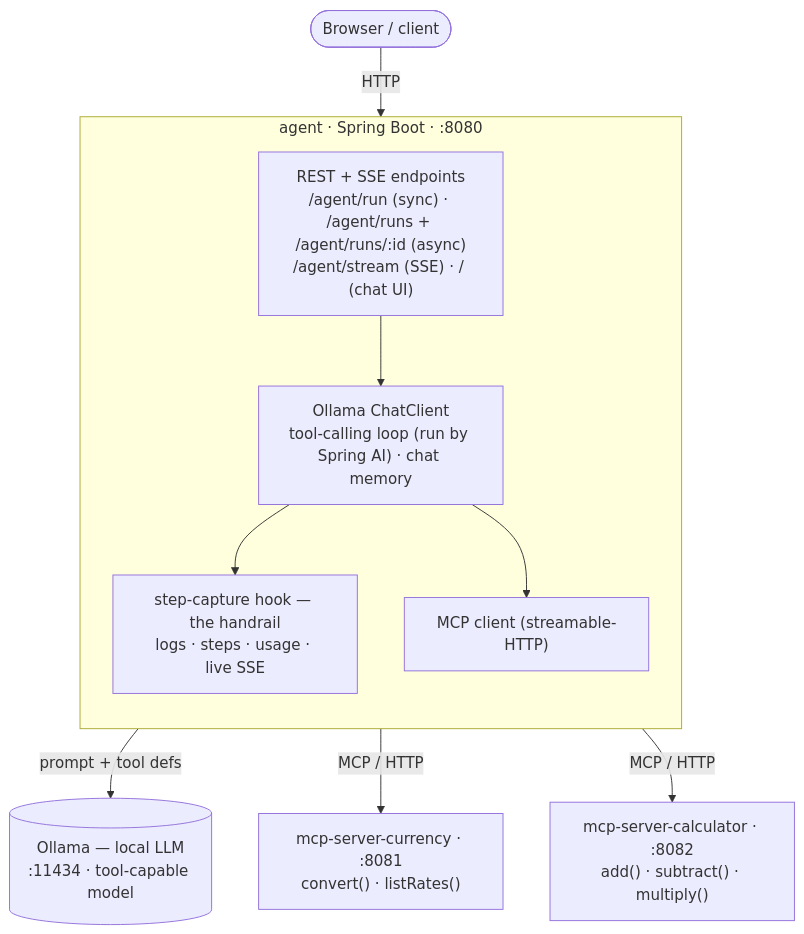
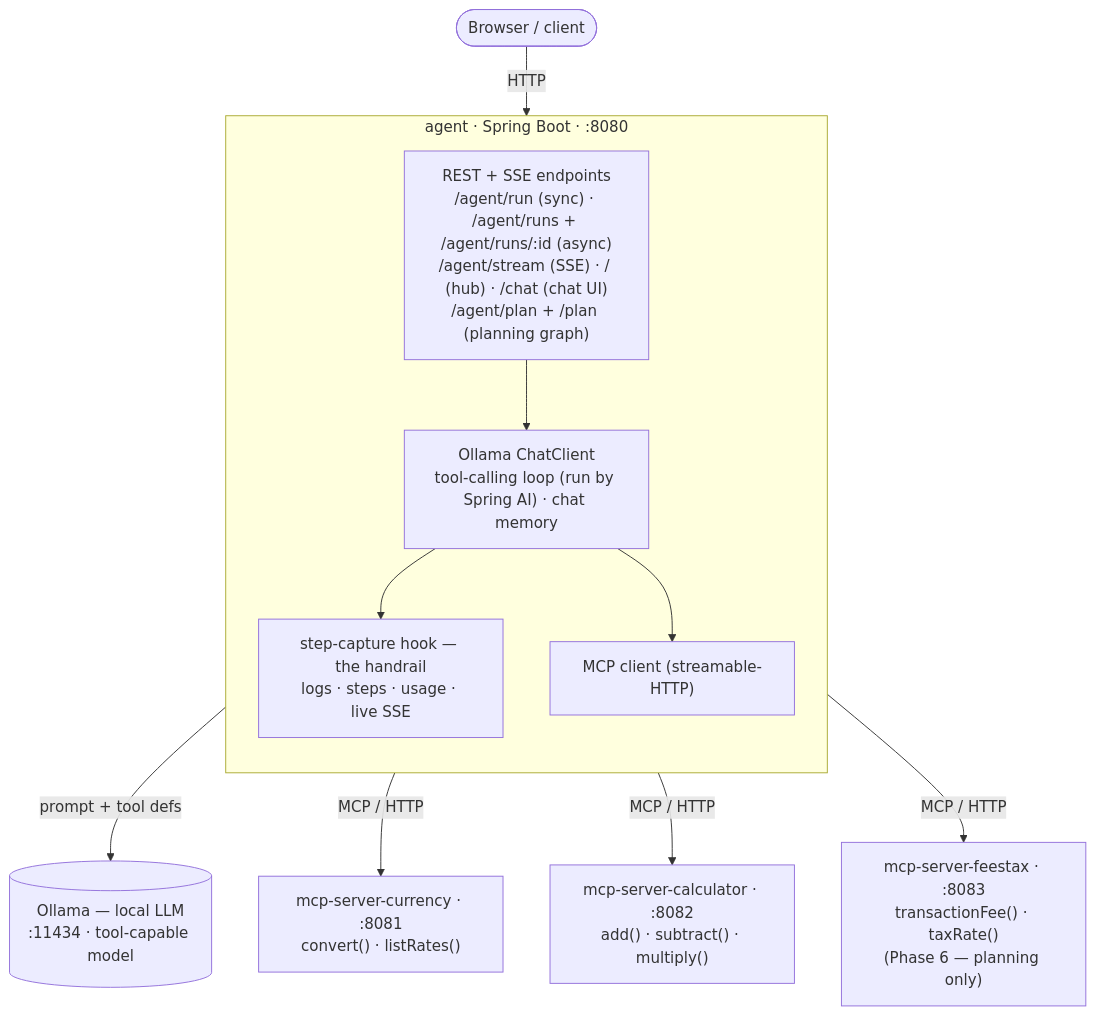
The first of 2 diagrams in docs/architecture/overview.md (blckaddr/spring-ai-agent-by-example), drawn with Mermaid before and after one commit. The commit also changed other lines of this file and 32 other files, not shown here.

````diff
--- a/docs/architecture/overview.md
+++ b/docs/architecture/overview.md
@@ -10,24 +10,26 @@
 ```mermaid
 flowchart TB
     user(["Browser / client"])
 
     subgraph agent["agent · Spring Boot · :8080"]
       direction TB
-      api["REST + SSE endpoints<br/>/agent/run (sync) · /agent/runs + /agent/runs/:id (async)<br/>/agent/stream (SSE) · / (chat UI)"]
+      api["REST + SSE endpoints<br/>/agent/run (sync) · /agent/runs + /agent/runs/:id (async)<br/>/agent/stream (SSE) · / (hub) · /chat (chat UI)<br/>/agent/plan + /plan (planning graph)"]
       core["Ollama ChatClient<br/>tool-calling loop (run by Spring AI) · chat memory"]
       hook["step-capture hook — the handrail<br/>logs · steps · usage · live SSE"]
       mcpc["MCP client (streamable-HTTP)"]
       api --> core
       core --> hook
       core --> mcpc
     end
 
     ollama[("Ollama — local LLM<br/>:11434 · tool-capable model")]
     currency["mcp-server-currency · :8081<br/>convert() · listRates()"]
     calc["mcp-server-calculator · :8082<br/>add() · subtract() · multiply()"]
+    feestax["mcp-server-feestax · :8083<br/>transactionFee() · taxRate()<br/>(Phase 6 — planning only)"]
 
     user -->|HTTP| api
     core -->|"prompt + tool defs"| ollama
     mcpc -->|MCP / HTTP| currency
     mcpc -->|MCP / HTTP| calc
+    mcpc -->|MCP / HTTP| feestax
 ```
````
